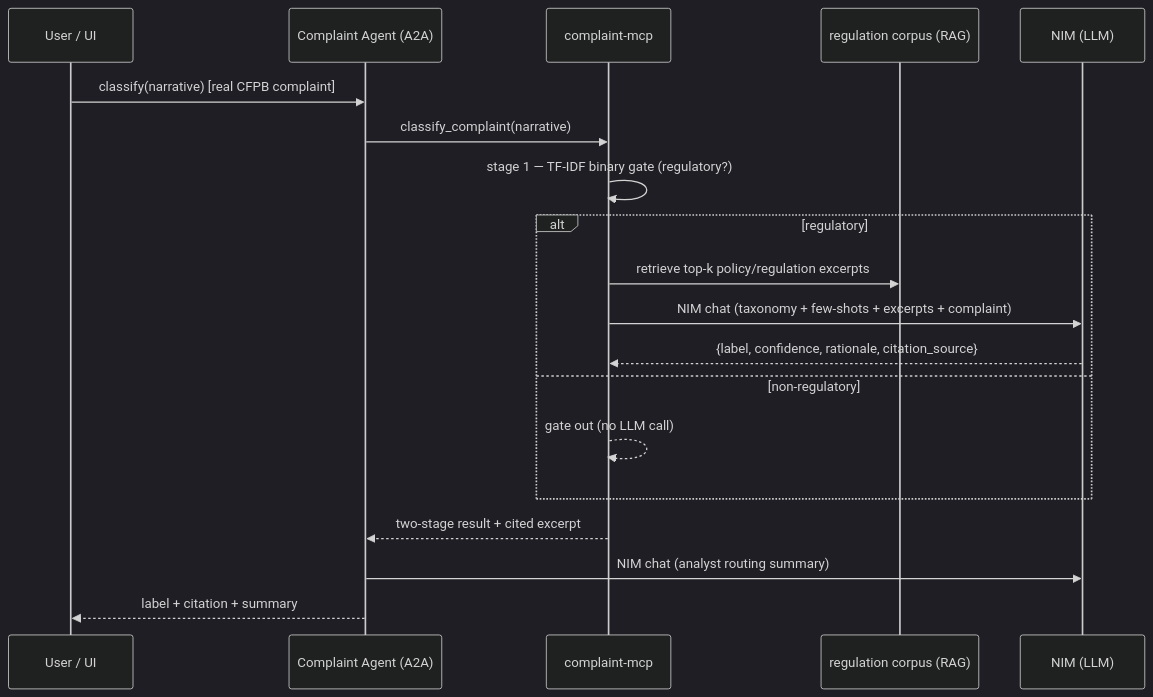
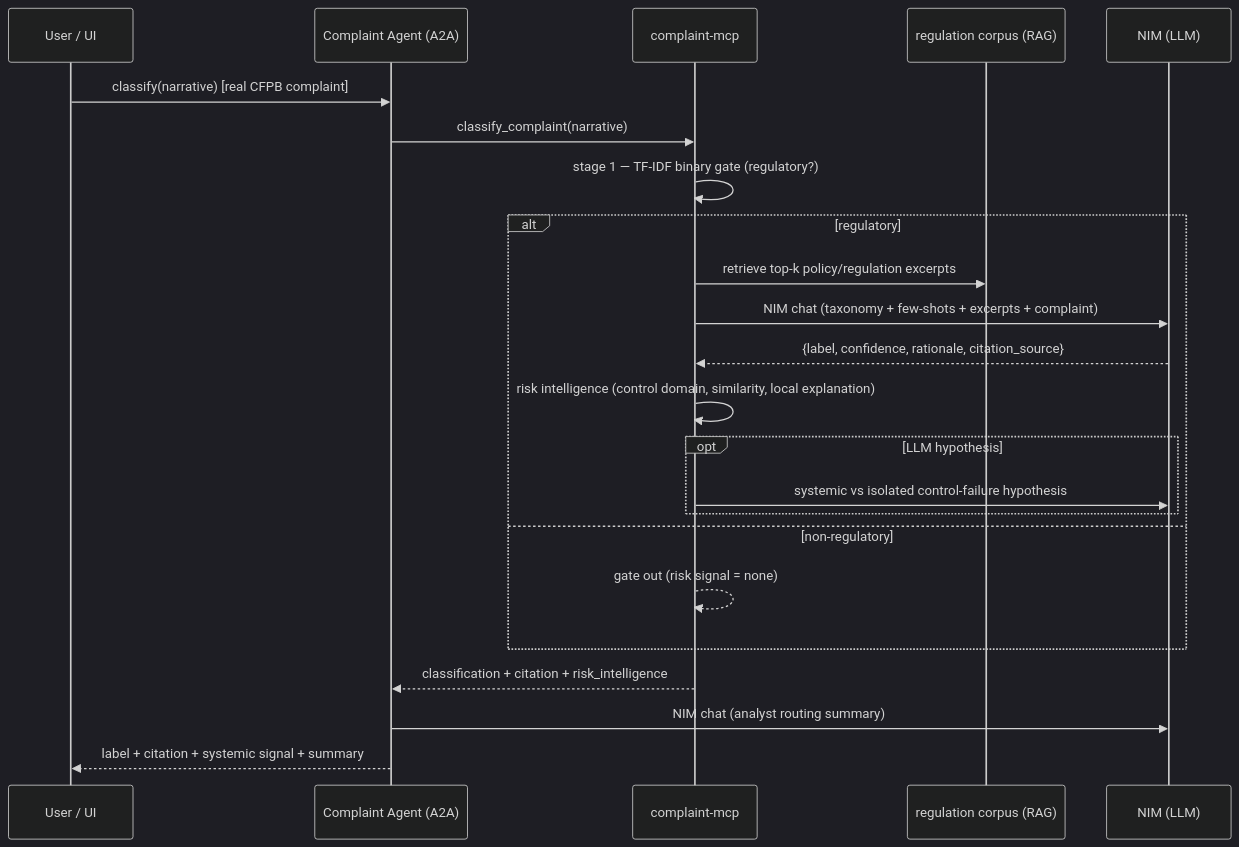
The third of 3 diagrams in docs/ARCHITECTURE.md (zabahana/reg-agents), drawn with Mermaid (dark theme) before and after one commit. The commit also changed other lines of this file and 9 other files, not shown here.

First line of the commit message:
Add risk intelligence layer on top of complaint classification

````diff
--- a/docs/ARCHITECTURE.md
+++ b/docs/ARCHITECTURE.md
@@ -137,22 +142,26 @@
 ```mermaid
 sequenceDiagram
     participant U as User / UI
     participant CA as Complaint Agent (A2A)
     participant CM as complaint-mcp
     participant Reg as regulation corpus (RAG)
     participant NV as NIM (LLM)
 
     U->>CA: classify(narrative)  [real CFPB complaint]
     CA->>CM: classify_complaint(narrative)
     CM->>CM: stage 1 — TF-IDF binary gate (regulatory?)
     alt regulatory
         CM->>Reg: retrieve top-k policy/regulation excerpts
         CM->>NV: NIM chat (taxonomy + few-shots + excerpts + complaint)
         NV-->>CM: {label, confidence, rationale, citation_source}
+        CM->>CM: risk intelligence (control domain, similarity, local explanation)
+        opt LLM hypothesis
+            CM->>NV: systemic vs isolated control-failure hypothesis
+        end
     else non-regulatory
-        CM-->>CM: gate out (no LLM call)
+        CM-->>CM: gate out (risk signal = none)
     end
-    CM-->>CA: two-stage result + cited excerpt
+    CM-->>CA: classification + citation + risk_intelligence
     CA->>NV: NIM chat (analyst routing summary)
-    CA-->>U: label + citation + summary
+    CA-->>U: label + citation + systemic signal + summary
 ```
````
